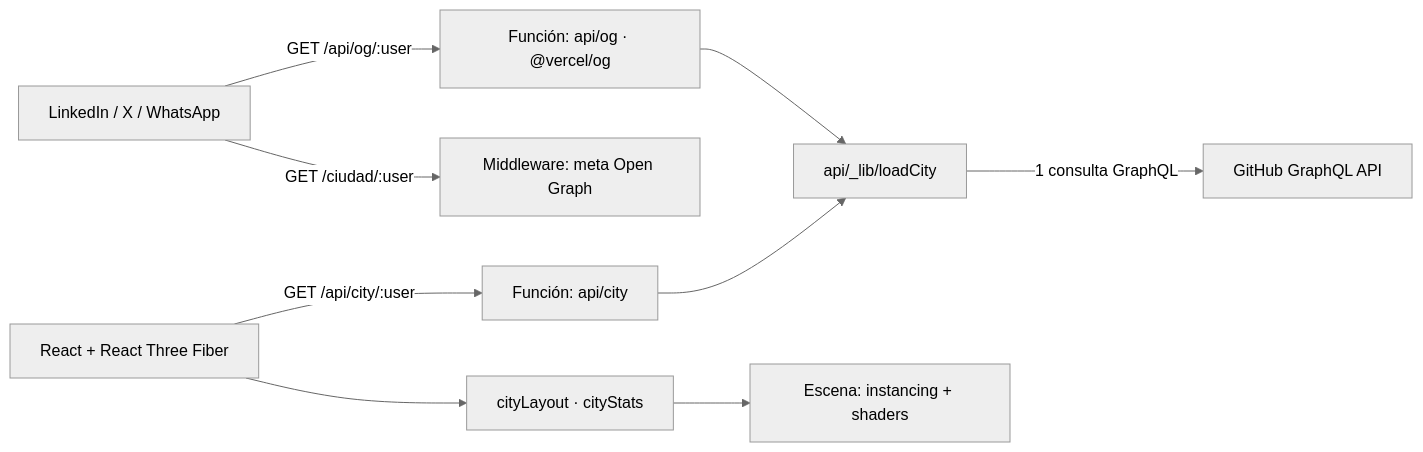
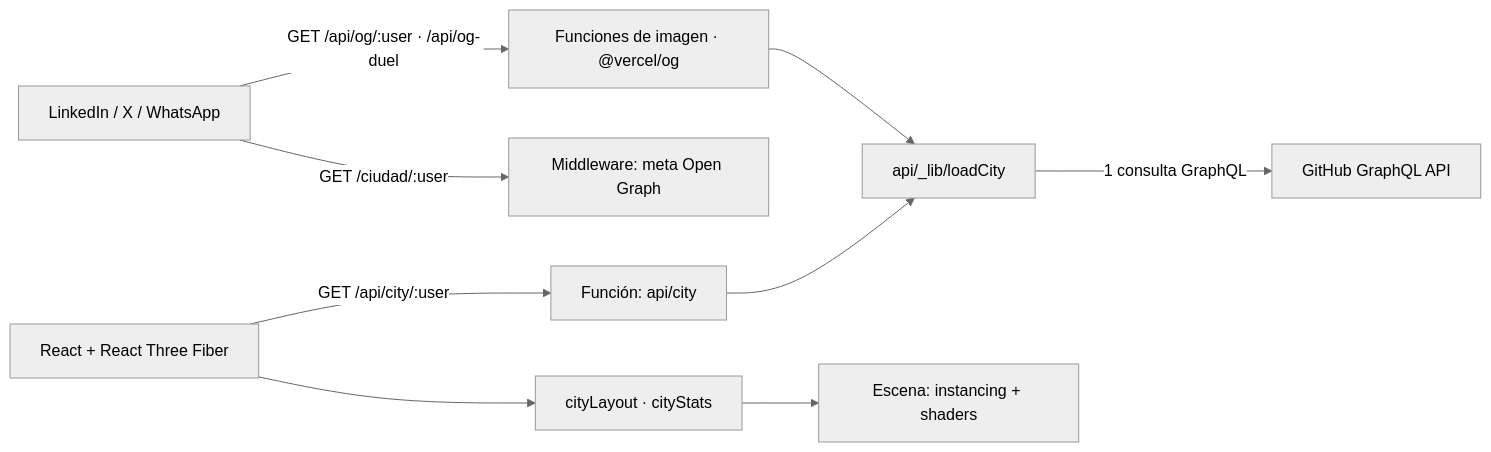
One commit to Goti112/github-city changed the diagram in README.md. Above: the diagram before and after it, drawn with Mermaid (neutral theme). The commit also changed other lines of this file, not shown here.

````diff
--- a/README.md
+++ b/README.md
@@ -38,11 +40,11 @@
 ```mermaid
 flowchart LR
     Browser[React + React Three Fiber] -->|GET /api/city/:user| City[Función: api/city]
     Crawler[LinkedIn / X / WhatsApp] -->|GET /ciudad/:user| MW[Middleware: meta Open Graph]
-    Crawler -->|GET /api/og/:user| OG[Función: api/og · @vercel/og]
+    Crawler -->|GET /api/og/:user · /api/og-duel| OG[Funciones de imagen · @vercel/og]
     City --> Load[api/_lib/loadCity]
     OG --> Load
     Load -->|1 consulta GraphQL| GitHub[GitHub GraphQL API]
     Browser --> Layout[cityLayout · cityStats]
     Layout --> Scene[Escena: instancing + shaders]
 ```
````
